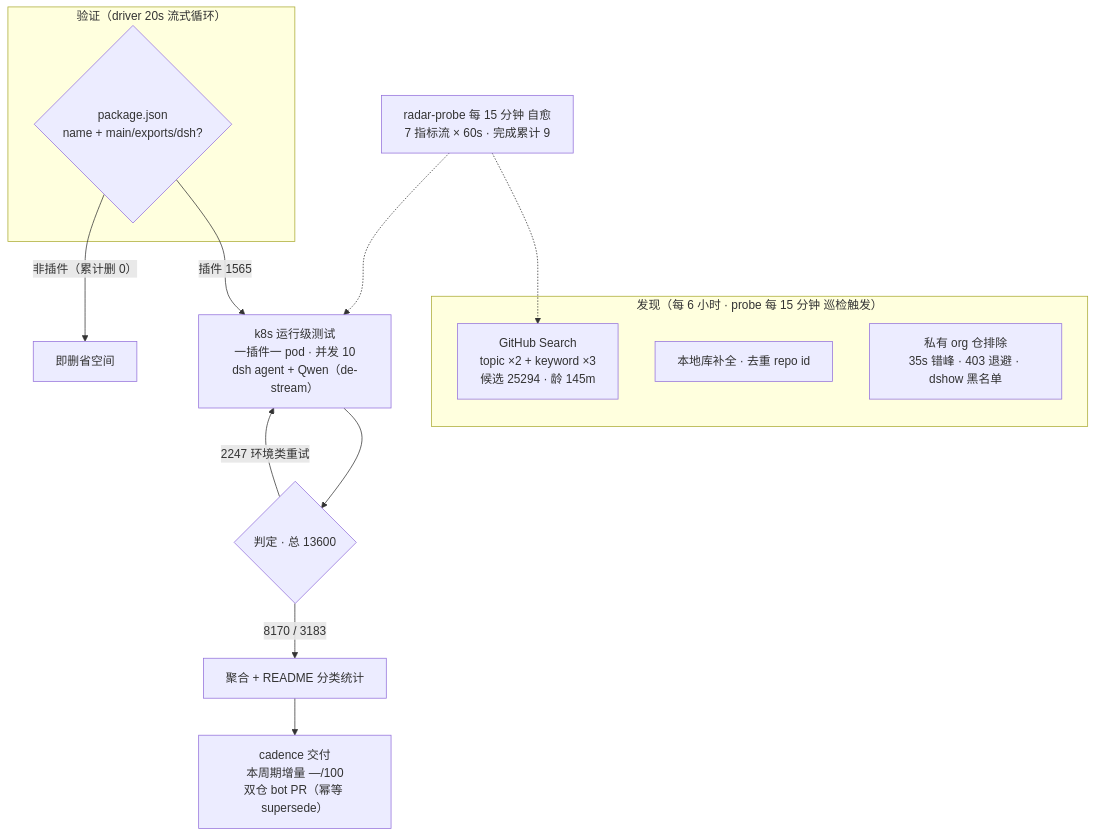
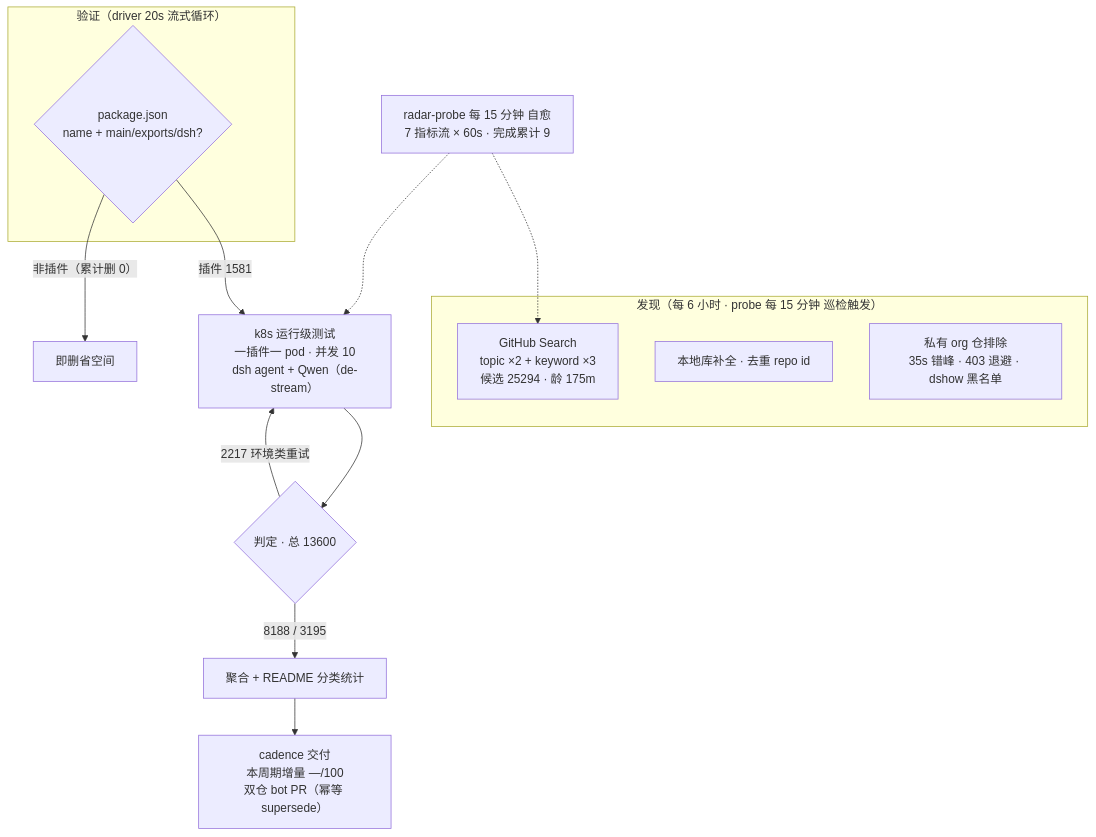
Before and after one commit to Zhidao-Lab-OSS/awesome-dsh-plugins: the diagram in README.md, drawn with Mermaid. The commit also changed other lines of this file and 1 other file, not shown here.

````diff
--- a/README.md
+++ b/README.md
@@ -99,20 +99,20 @@
 ```mermaid
 flowchart TB
     subgraph Discovery["发现（每 6 小时 · probe 每 15 分钟 巡检触发）"]
-        A1["GitHub Search<br/>topic ×2 + keyword ×3<br/>候选 25294 · 龄 145m"]
+        A1["GitHub Search<br/>topic ×2 + keyword ×3<br/>候选 25294 · 龄 175m"]
         A2["本地库补全 · 去重 repo id"]
         A3["私有 org 仓排除<br/>35s 错峰 · 403 退避 · dshow 黑名单"]
     end
     subgraph Validation["验证（driver 20s 流式循环）"]
         B1{"package.json<br/>name + main/exports/dsh?"}
     end
-    B1 -->|"插件 1565"| C1["k8s 运行级测试<br/>一插件一 pod · 并发 10<br/>dsh agent + Qwen（de-stream）"]
+    B1 -->|"插件 1581"| C1["k8s 运行级测试<br/>一插件一 pod · 并发 10<br/>dsh agent + Qwen（de-stream）"]
     B1 -->|"非插件（累计删 0）"| B3["即删省空间"]
     C1 --> D1{"判定 · 总 13600"}
-    D1 -->|"8170 / 3183"| E1["聚合 + README 分类统计"]
-    D1 -->|"2247 环境类重试"| C1
+    D1 -->|"8188 / 3195"| E1["聚合 + README 分类统计"]
+    D1 -->|"2217 环境类重试"| C1
     E1 --> E2["cadence 交付<br/>本周期增量 —/100<br/>双仓 bot PR（幂等 supersede）"]
     M["radar-probe 每 15 分钟 自愈<br/>7 指标流 × 60s · 完成累计 9"]
     M -.-> A1
     M -.-> C1
 ```
````
